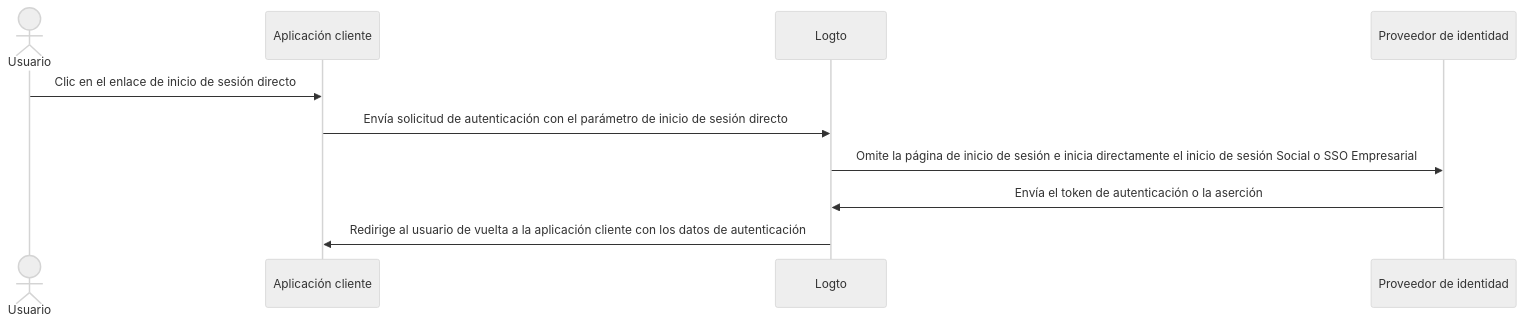
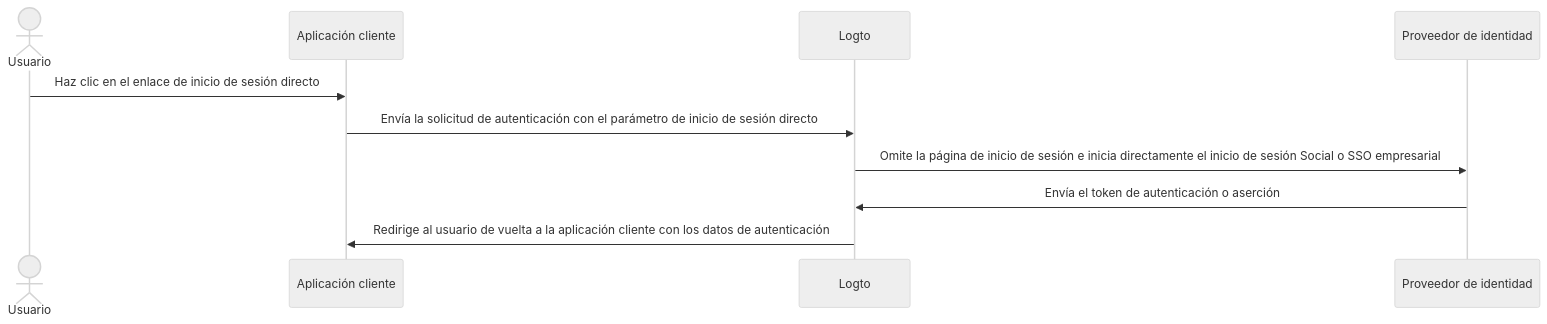
Before and after one commit to logto-io/docs: the diagram in i18n/es/docusaurus-plugin-content-docs/current/end-user-flows/authentication-parameters/direct-sign-in.mdx, drawn with Mermaid (neutral theme). The commit also changed other lines of this file and 63 other files, not shown here.

````diff
--- a/i18n/es/docusaurus-plugin-content-docs/current/end-user-flows/authentication-parameters/direct-sign-in.mdx
+++ b/i18n/es/docusaurus-plugin-content-docs/current/end-user-flows/authentication-parameters/direct-sign-in.mdx
@@ -11,13 +11,13 @@
 ```mermaid
 sequenceDiagram
     actor user as Usuario
     participant app as Aplicación cliente
     participant logto as Logto
     participant idp as Proveedor de identidad
 
-    user->>app: Clic en el enlace de inicio de sesión directo
-    app->>logto: Envía solicitud de autenticación con el parámetro de inicio de sesión directo
-    logto->>idp: Omite la página de inicio de sesión e inicia directamente el inicio de sesión Social o SSO Empresarial
-    idp->>logto: Envía el token de autenticación o la aserción
+    user->>app: Haz clic en el enlace de inicio de sesión directo
+    app->>logto: Envía la solicitud de autenticación con el parámetro de inicio de sesión directo
+    logto->>idp: Omite la página de inicio de sesión e inicia directamente el inicio de sesión Social o SSO empresarial
+    idp->>logto: Envía el token de autenticación o aserción
     logto->>app: Redirige al usuario de vuelta a la aplicación cliente con los datos de autenticación
 ```
````
